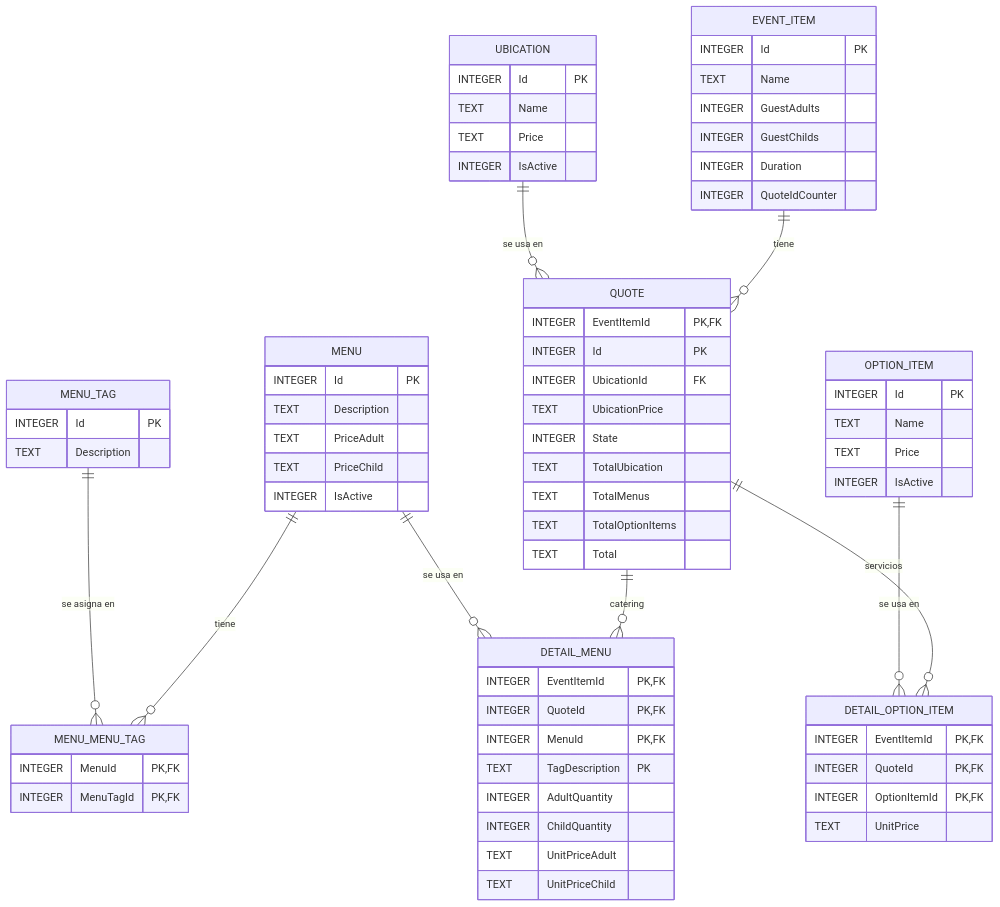
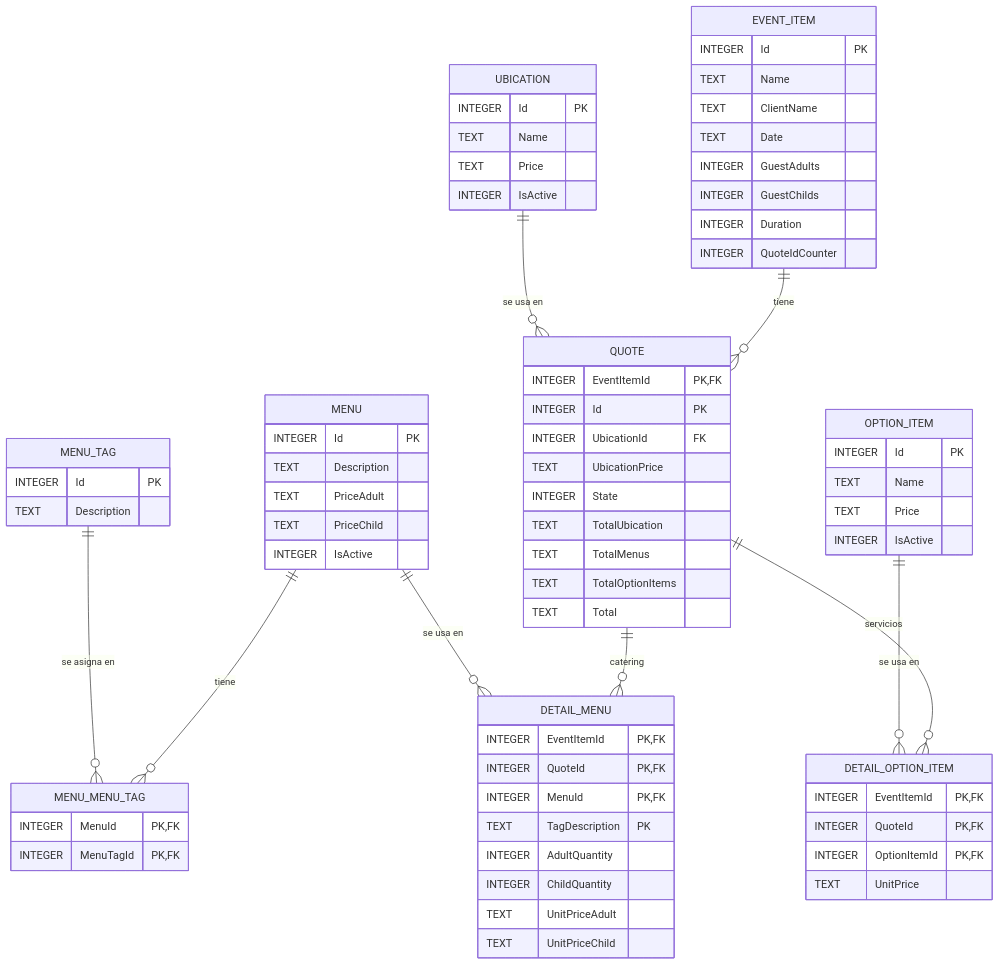
The third of 6 diagrams in Docs/UML.md (ArdanzaLucas/ProyectoGestionEventos), drawn with Mermaid before and after one commit. The commit also changed other lines of this file and 10 other files, not shown here.

````diff
--- a/Docs/UML.md
+++ b/Docs/UML.md
@@ -255,74 +258,76 @@
 ```mermaid
 erDiagram
   UBICATION {
     INTEGER Id PK
     TEXT Name
     TEXT Price
     INTEGER IsActive
   }
   MENU {
     INTEGER Id PK
     TEXT Description
     TEXT PriceAdult
     TEXT PriceChild
     INTEGER IsActive
   }
   MENU_TAG {
     INTEGER Id PK
     TEXT Description
   }
   MENU_MENU_TAG {
     INTEGER MenuId PK, FK
     INTEGER MenuTagId PK, FK
   }
   OPTION_ITEM {
     INTEGER Id PK
     TEXT Name
     TEXT Price
     INTEGER IsActive
   }
   EVENT_ITEM {
     INTEGER Id PK
     TEXT Name
+    TEXT ClientName
+    TEXT Date
     INTEGER GuestAdults
     INTEGER GuestChilds
     INTEGER Duration
     INTEGER QuoteIdCounter
   }
   QUOTE {
     INTEGER EventItemId PK, FK
     INTEGER Id PK
     INTEGER UbicationId FK
     TEXT UbicationPrice
     INTEGER State
     TEXT TotalUbication
     TEXT TotalMenus
     TEXT TotalOptionItems
     TEXT Total
   }
   DETAIL_MENU {
     INTEGER EventItemId PK, FK
     INTEGER QuoteId PK, FK
     INTEGER MenuId PK, FK
     TEXT TagDescription PK
     INTEGER AdultQuantity
     INTEGER ChildQuantity
     TEXT UnitPriceAdult
     TEXT UnitPriceChild
   }
   DETAIL_OPTION_ITEM {
     INTEGER EventItemId PK, FK
     INTEGER QuoteId PK, FK
     INTEGER OptionItemId PK, FK
     TEXT UnitPrice
   }
 
   EVENT_ITEM ||--o{ QUOTE : "tiene"
   UBICATION ||--o{ QUOTE : "se usa en"
   QUOTE ||--o{ DETAIL_MENU : "catering"
   MENU ||--o{ DETAIL_MENU : "se usa en"
   QUOTE ||--o{ DETAIL_OPTION_ITEM : "servicios"
   OPTION_ITEM ||--o{ DETAIL_OPTION_ITEM : "se usa en"
   MENU ||--o{ MENU_MENU_TAG : "tiene"
   MENU_TAG ||--o{ MENU_MENU_TAG : "se asigna en"
 ```
````
